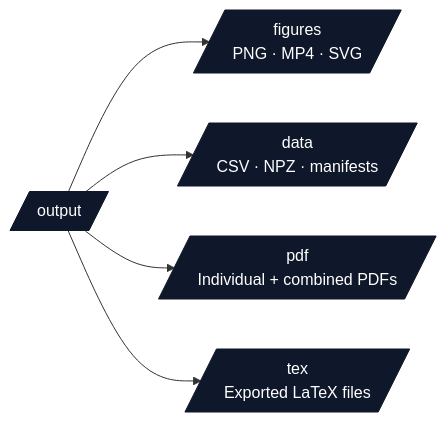
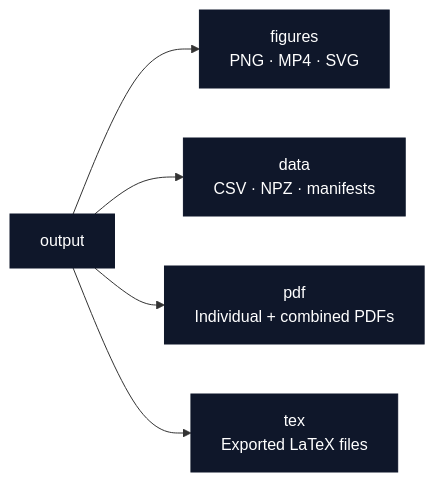
One commit to docxology/template changed the third of 4 diagrams in docs/core/workflow.md. Above: the diagram before and after it, drawn with Mermaid. The commit also changed 94 other files, not shown here.

````diff
--- a/docs/core/workflow.md
+++ b/docs/core/workflow.md
@@ -242,11 +242,11 @@
 ```mermaid
 flowchart LR
-    OUT[/output/]
-    OUT --> FIG[/figures<br/>PNG · MP4 · SVG/]
-    OUT --> DATA[/data<br/>CSV · NPZ · manifests/]
-    OUT --> PDF[/pdf<br/>Individual + combined PDFs/]
-    OUT --> TEX[/tex<br/>Exported LaTeX files/]
+    OUT[output]
+    OUT --> FIG[figures<br/>PNG · MP4 · SVG]
+    OUT --> DATA[data<br/>CSV · NPZ · manifests]
+    OUT --> PDF[pdf<br/>Individual + combined PDFs]
+    OUT --> TEX[tex<br/>Exported LaTeX files]
 
     classDef d fill:#0f172a,stroke:#0f172a,color:#fff
     class OUT,FIG,DATA,PDF,TEX d
 ```
````
